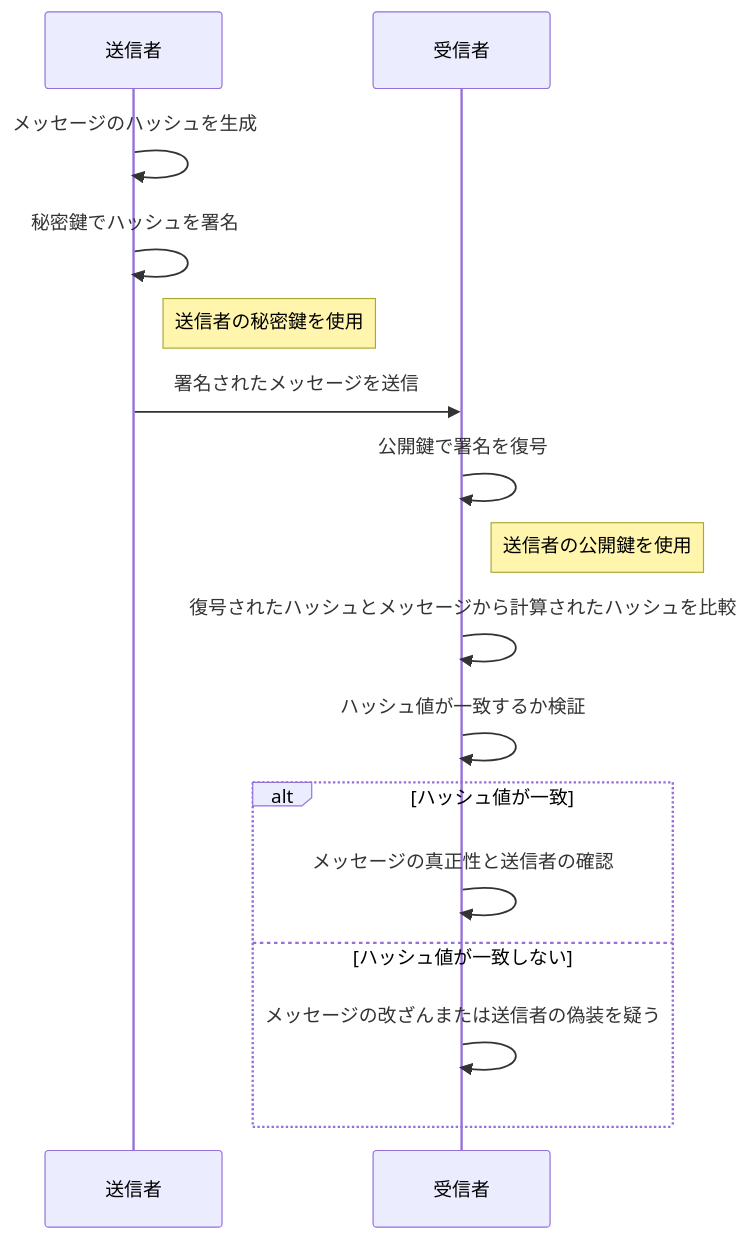
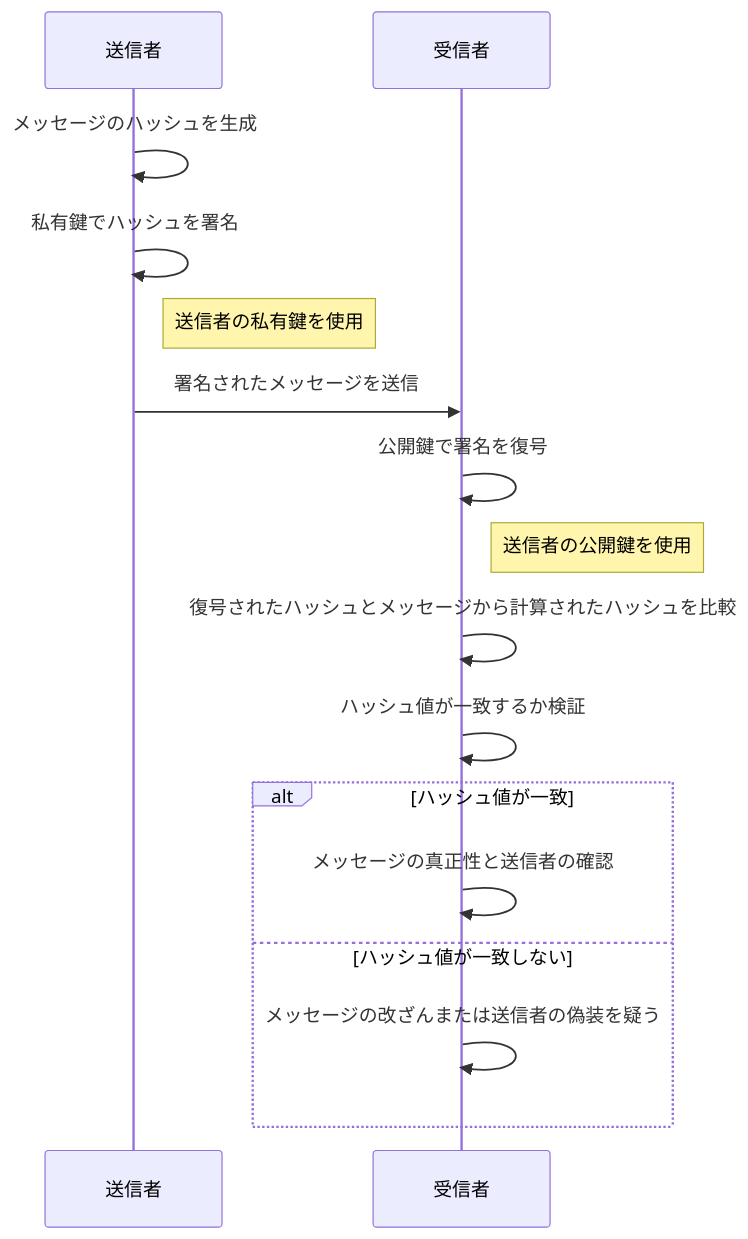
One commit to shuji-bonji/Notes-about-Digital-Signatures-and-Timestamps changed the second of 2 diagrams in DigitalSignature.md. Above: the diagram before and after it, drawn with Mermaid. The commit also changed other lines of this file and 7 other files, not shown here.

````diff
--- a/DigitalSignature.md
+++ b/DigitalSignature.md
@@ -57,18 +57,18 @@
 ```mermaid
 sequenceDiagram
     participant Alice as 送信者
     participant Bob as 受信者
     Alice->>Alice: メッセージのハッシュを生成
-    Alice->>Alice: 秘密鍵でハッシュを署名
-    Note right of Alice: 送信者の秘密鍵を使用
+    Alice->>Alice: 私有鍵でハッシュを署名
+    Note right of Alice: 送信者の私有鍵を使用
     Alice->>Bob: 署名されたメッセージを送信
     Bob->>Bob: 公開鍵で署名を復号
     Note right of Bob: 送信者の公開鍵を使用
     Bob->>Bob: 復号されたハッシュとメッセージから計算されたハッシュを比較
     Bob->>Bob: ハッシュ値が一致するか検証
     alt ハッシュ値が一致
         Bob->>Bob: メッセージの真正性と送信者の確認
     else ハッシュ値が一致しない
         Bob->>Bob: メッセージの改ざんまたは送信者の偽装を疑う
     end
 ```
````
